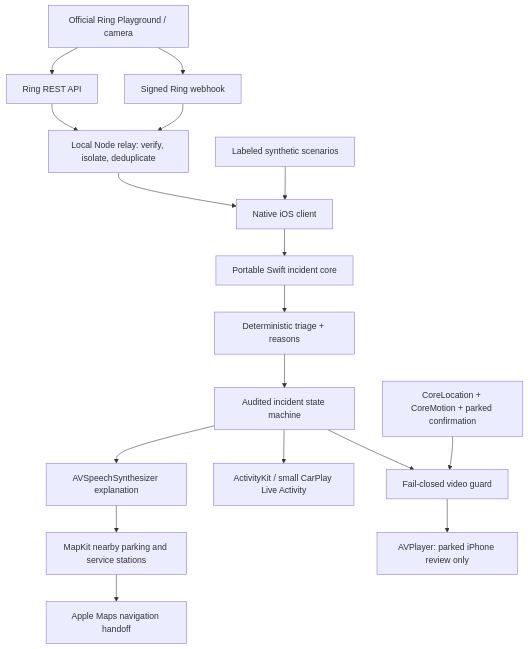
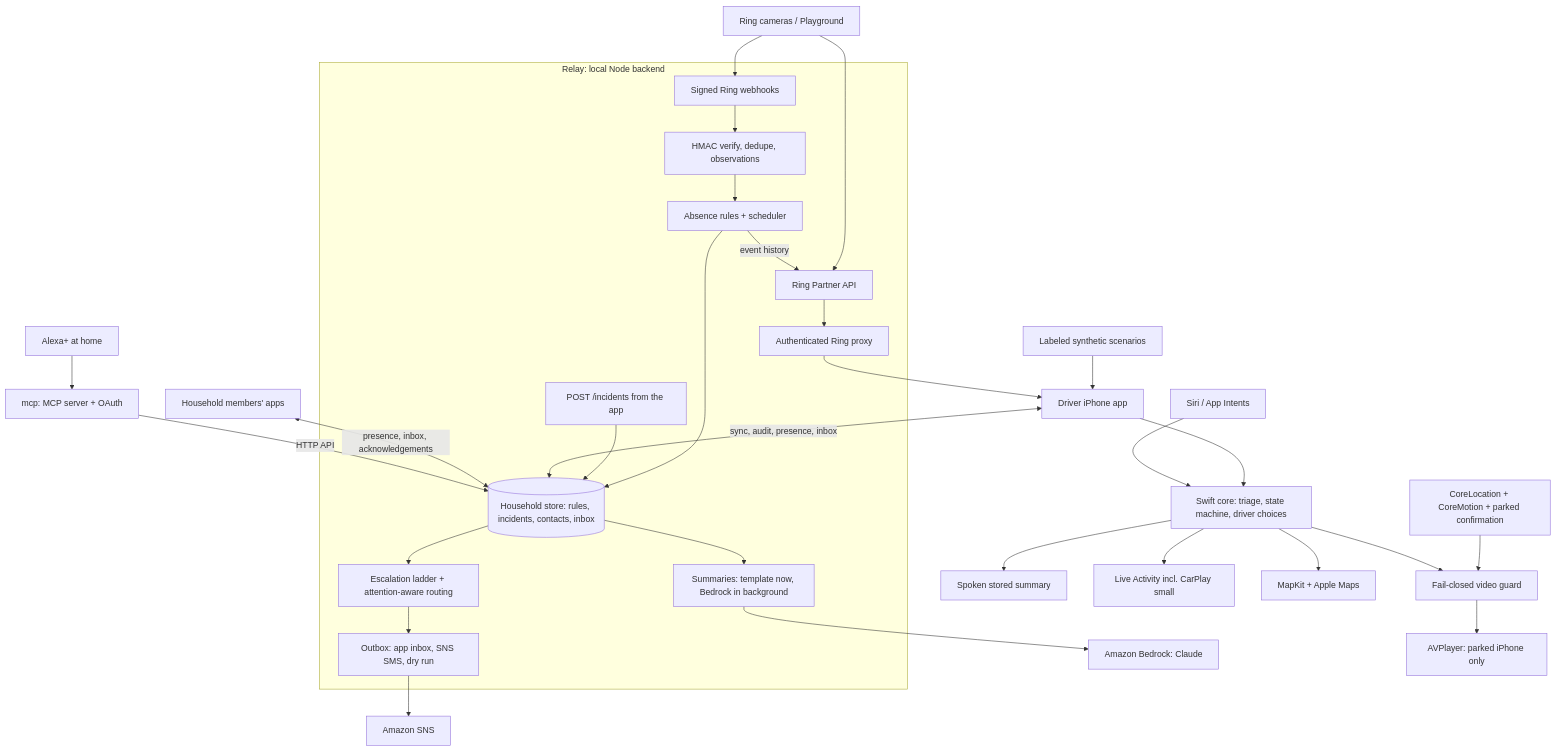
The diagram in README.md (thomasdevving/ring-drive), drawn with Mermaid before and after one commit. The commit also changed other lines of this file and 2 other files, not shown here.

First line of the commit message:
Update README with setup per component, architecture and APIs used

````diff
--- a/README.md
+++ b/README.md
@@ -275,19 +332,31 @@
 ```mermaid
 flowchart TD
-  R[Official Ring Playground / camera] --> API[Ring REST API]
-  R --> W[Signed Ring webhook]
-  W --> Relay[Local Node relay: verify, isolate, deduplicate]
-  API --> Relay
-  Relay --> Native[Native iOS client]
+  R[Ring cameras / Playground] --> API[Ring Partner API]
+  R --> W[Signed Ring webhooks]
+  subgraph Backend [Relay: local Node backend]
+    API --> Proxy[Authenticated Ring proxy]
+    W --> Hooks[HMAC verify, dedupe, observations]
+    Rules[Absence rules + scheduler] -->|event history| API
+    Hooks --> Rules
+    Rules --> Store[(Household store: rules, incidents, contacts, inbox)]
+    Sync[POST /incidents from the app] --> Store
+    Store --> Sum[Summaries: template now, Bedrock in background]
+    Store --> Ladder[Escalation ladder + attention-aware routing]
+    Ladder --> Outbox[Outbox: app inbox, SNS SMS, dry run]
+  end
+  Sum --> Bedrock[Amazon Bedrock: Claude]
+  Outbox --> SNS[Amazon SNS]
+  Proxy --> Native[Driver iPhone app]
   Fixtures[Labeled synthetic scenarios] --> Native
-  Native --> Core[Portable Swift incident core]
-  Core --> Triage[Deterministic triage + reasons]
-  Triage --> State[Audited incident state machine]
-  State --> Voice[AVSpeechSynthesizer explanation]
-  State --> Activity[ActivityKit / small CarPlay Live Activity]
-  Voice --> Search[MapKit nearby parking and service stations]
-  Search --> Maps[Apple Maps navigation handoff]
+  Native --> Core[Swift core: triage, state machine, driver choices]
+  Core --> Voice[Spoken stored summary]
+  Core --> Activity[Live Activity incl. CarPlay small]
+  Siri[Siri / App Intents] --> Core
+  Core --> Maps[MapKit + Apple Maps]
   Sensors[CoreLocation + CoreMotion + parked confirmation] --> Guard[Fail-closed video guard]
-  State --> Guard
-  Guard --> Video[AVPlayer: parked iPhone review only]
+  Core --> Guard --> Video[AVPlayer: parked iPhone only]
+  Native <-->|sync, audit, presence, inbox| Store
+  Members[Household members' apps] <-->|presence, inbox, acknowledgements| Store
+  MCP[mcp: MCP server + OAuth] -->|HTTP API| Store
+  Alexa[Alexa+ at home] --> MCP
 ```
````
